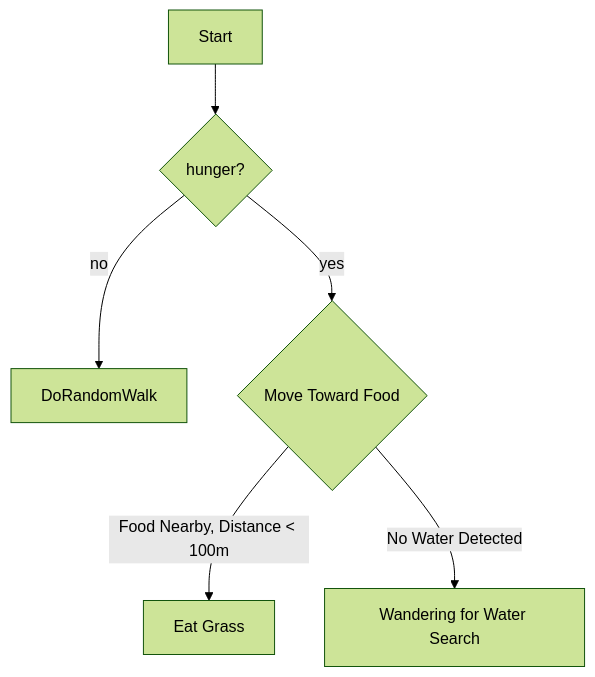
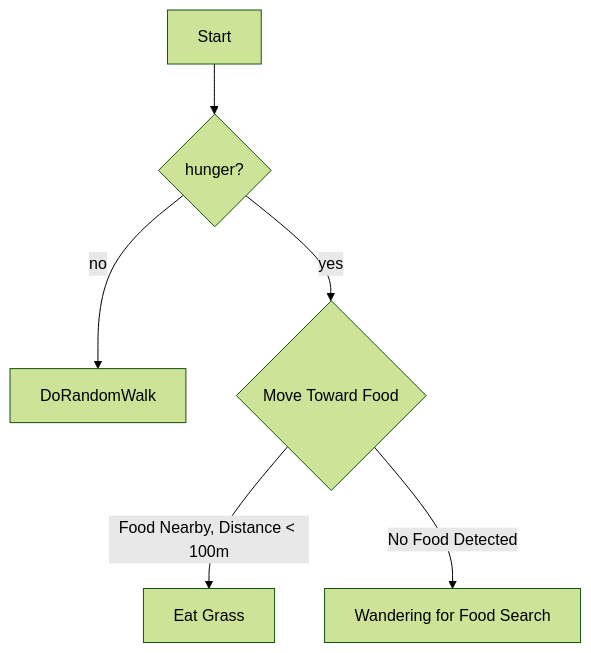
One commit to Red-Sigma/proj-ki-geo changed the second of 3 diagrams in docs/design/animals/bison/bison.md. Above: the diagram before and after it, drawn with Mermaid (forest theme).

Commit message:
updated bison in bison.md

````diff
--- a/docs/design/animals/bison/bison.md
+++ b/docs/design/animals/bison/bison.md
@@ -11,9 +11,9 @@
 ```mermaid
 flowchart TD
   A[Start]--> I{hunger?}
   I -->|no| J[DoRandomWalk]
   I -->|yes| D{Move Toward Food}
   D -->|Food Nearby, Distance < 100m| E[Eat Grass]
-  D -->|No Water Detected| Q[Wandering for Water Search]
+  D -->|No Food Detected| Q[Wandering for Food Search]
 
 ```
````
